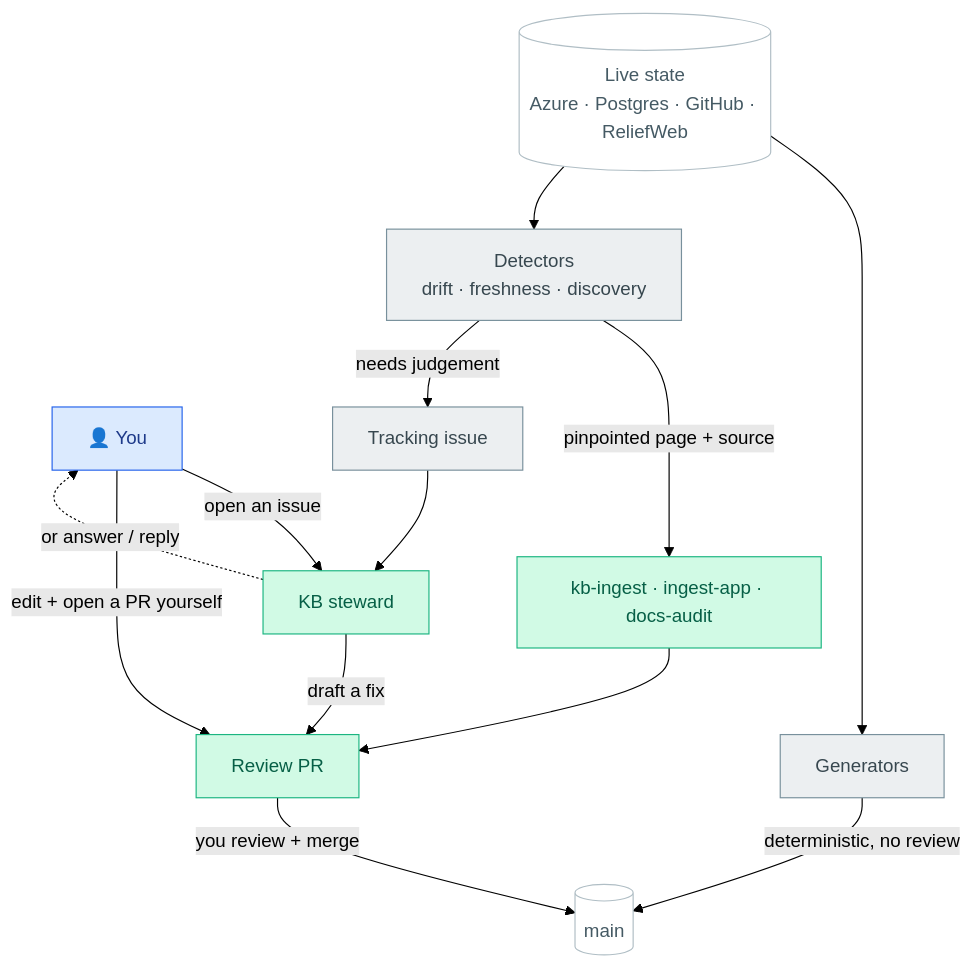
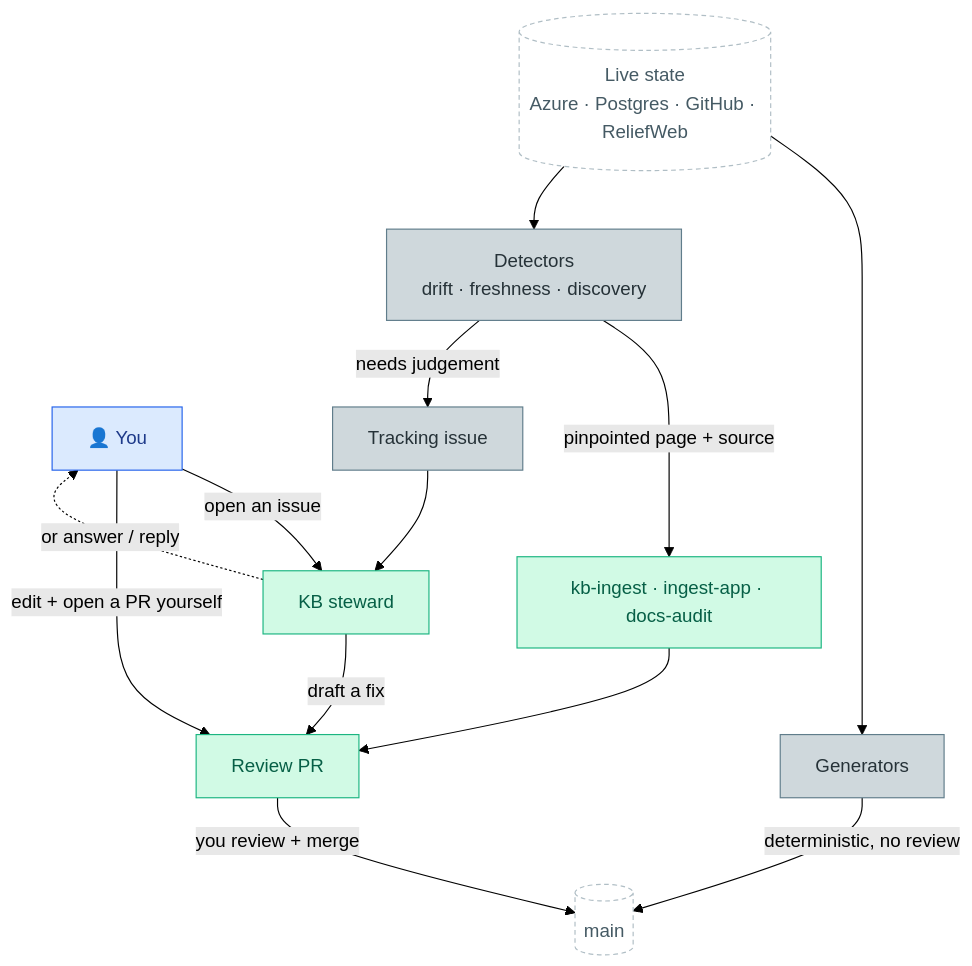
The diagram in infrastructure/automation.md (OCHA-DAP/ds-knowledge-base), drawn with Mermaid (forest theme) before and after one commit. The commit also changed other lines of this file, not shown here.

````diff
--- a/infrastructure/automation.md
+++ b/infrastructure/automation.md
@@ -18,29 +18,29 @@
 ```mermaid
 flowchart TD
   H["👤 You"]:::human
   Src[("Live state<br/>Azure · Postgres · GitHub · ReliefWeb")]:::data
 
   Gen["Generators"]:::mech
   Det["Detectors<br/>drift · freshness · discovery"]:::mech
   Iss["Tracking issue"]:::mech
 
   Stew["KB steward"]:::stew
   Ing["kb-ingest · ingest-app · docs-audit"]:::stew
   PR["Review PR"]:::stew
   Main[("main")]:::data
 
   H -->|"open an issue"| Stew
   H -->|"edit + open a PR yourself"| PR
   Src --> Gen -->|"deterministic, no review"| Main
   Src --> Det
   Det -->|"pinpointed page + source"| Ing --> PR
   Det -->|"needs judgement"| Iss --> Stew
   Stew -->|"draft a fix"| PR
   Stew -.->|"or answer / reply"| H
   PR -->|"you review + merge"| Main
 
   classDef human fill:#dbeafe,stroke:#2563eb,color:#1e3a8a
   classDef stew  fill:#d1fae5,stroke:#1BB581,color:#065f46
-  classDef mech  fill:#eceff1,stroke:#78909c,color:#37474f
-  classDef data  fill:#ffffff,stroke:#b0bec5,color:#455a64
+  classDef mech  fill:#cfd8dc,stroke:#607d8b,color:#263238
+  classDef data  fill:#ffffff,stroke:#b0bec5,color:#455a64,stroke-dasharray:4 3
 ```
````
